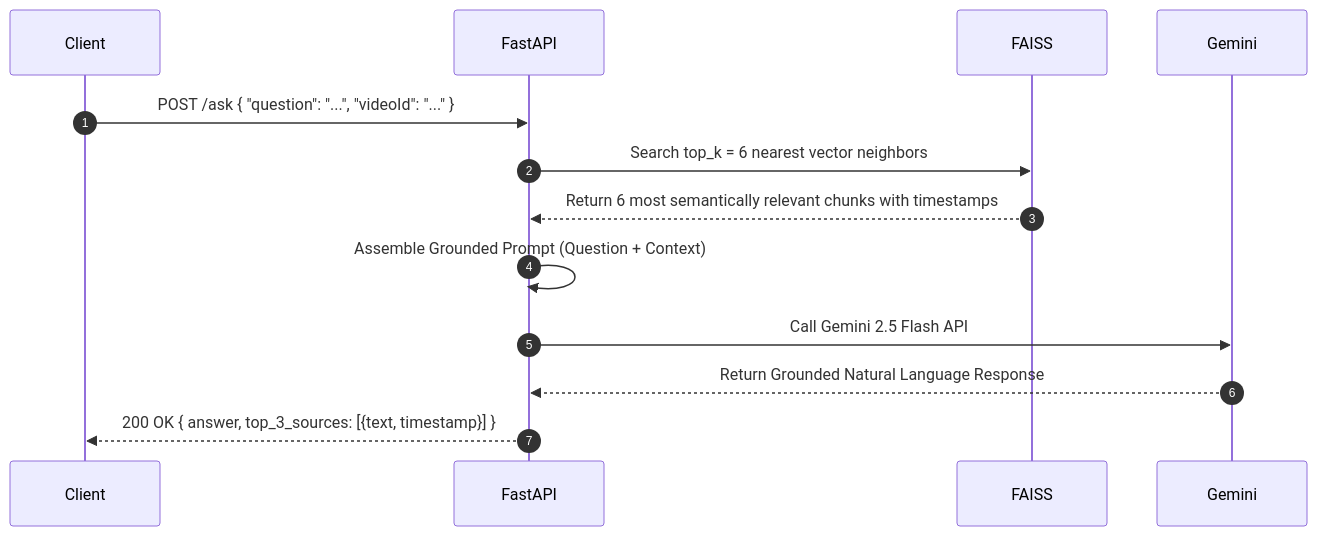
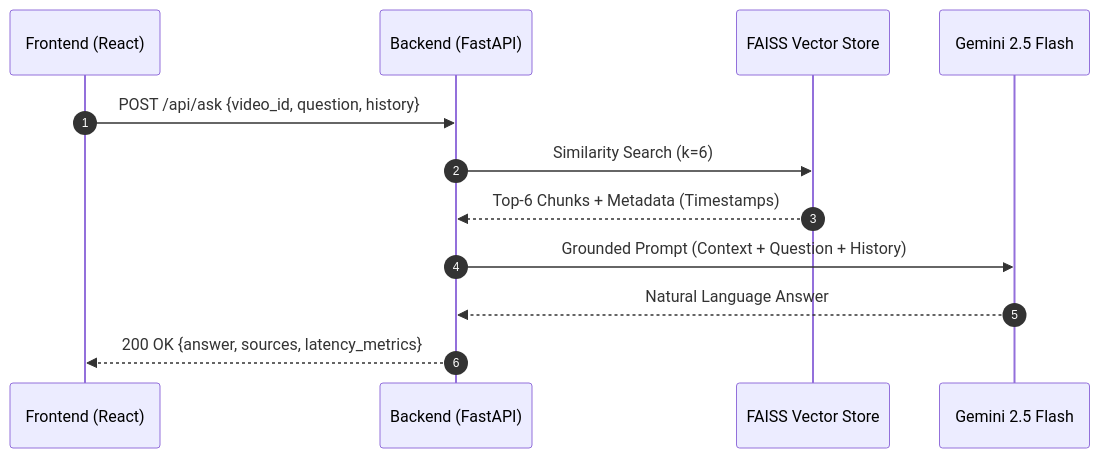
The second of 3 diagrams in 09-Projects/YT_ChatBot - RAG Video-Mind AI Revision.md (rohithgowda18/Notes), drawn with Mermaid before and after one commit. The commit also changed other lines of this file, not shown here.

````diff
--- a/09-Projects/YT_ChatBot - RAG Video-Mind AI Revision.md
+++ b/09-Projects/YT_ChatBot - RAG Video-Mind AI Revision.md
@@ -96,11 +126,15 @@
 ```mermaid
 sequenceDiagram
     autonumber
-    Client->>FastAPI: POST /ask { "question": "...", "videoId": "..." }
-    FastAPI->>FAISS: Search top_k = 6 nearest vector neighbors
-    FAISS-->>FastAPI: Return 6 most semantically relevant chunks with timestamps
-    FastAPI->>FastAPI: Assemble Grounded Prompt (Question + Context)
-    FastAPI->>Gemini: Call Gemini 2.5 Flash API
-    Gemini-->>FastAPI: Return Grounded Natural Language Response
-    FastAPI-->>Client: 200 OK { answer, top_3_sources: [{text, timestamp}] }
+    participant UI as Frontend (React)
+    participant API as Backend (FastAPI)
+    participant DB as FAISS Vector Store
+    participant LLM as Gemini 2.5 Flash
+
+    UI->>API: POST /api/ask {video_id, question, history}
+    API->>DB: Similarity Search (k=6)
+    DB-->>API: Top-6 Chunks + Metadata (Timestamps)
+    API->>LLM: Grounded Prompt (Context + Question + History)
+    LLM-->>API: Natural Language Answer
+    API-->>UI: 200 OK {answer, sources, latency_metrics}
 ```
````
